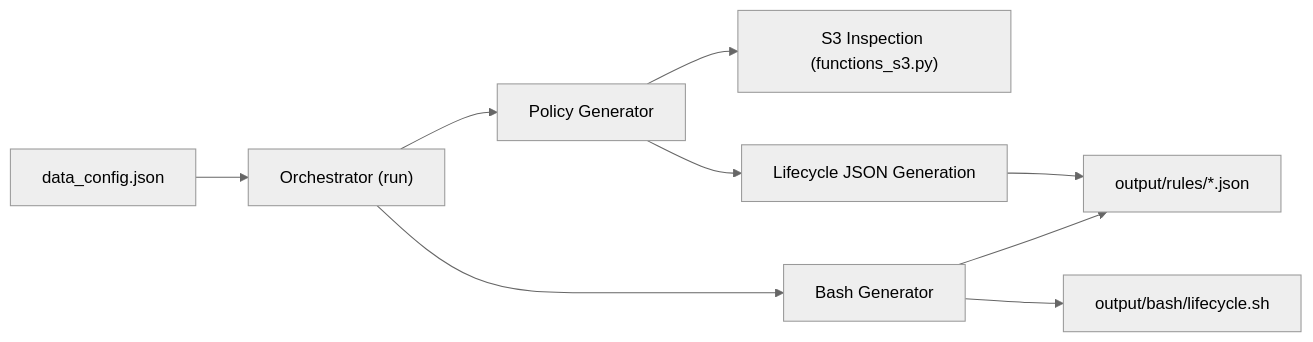
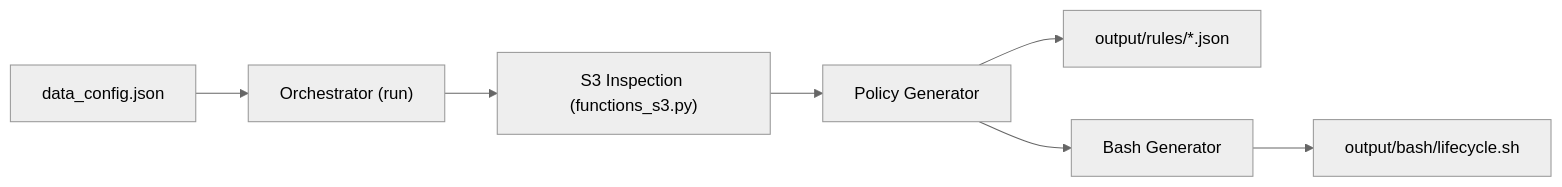
Before and after one commit to FernandoOLI/lyfecycle: the second of 2 diagrams in README.md, drawn with Mermaid (neutral theme). The commit also changed other lines of this file, not shown here.

Commit message:
update Read

````diff
--- a/README.md
+++ b/README.md
@@ -64,11 +63,9 @@
 ```mermaid
 flowchart LR
   A["data_config.json"] --> B["Orchestrator (run)"]
-  B --> C["Policy Generator"]
-  C --> D["S3 Inspection (functions_s3.py)"]
-  C --> E["Lifecycle JSON Generation"]
-  E --> F["output/rules/*.json"]
-  B --> G["Bash Generator"]
-  G --> F
-  G --> H["output/bash/lifecycle.sh"]
+  B --> C["S3 Inspection (functions_s3.py)"]
+  C --> D["Policy Generator"]
+  D --> E["output/rules/*.json"]
+  D --> F["Bash Generator"]
+  F --> G["output/bash/lifecycle.sh"]
 ```
````
